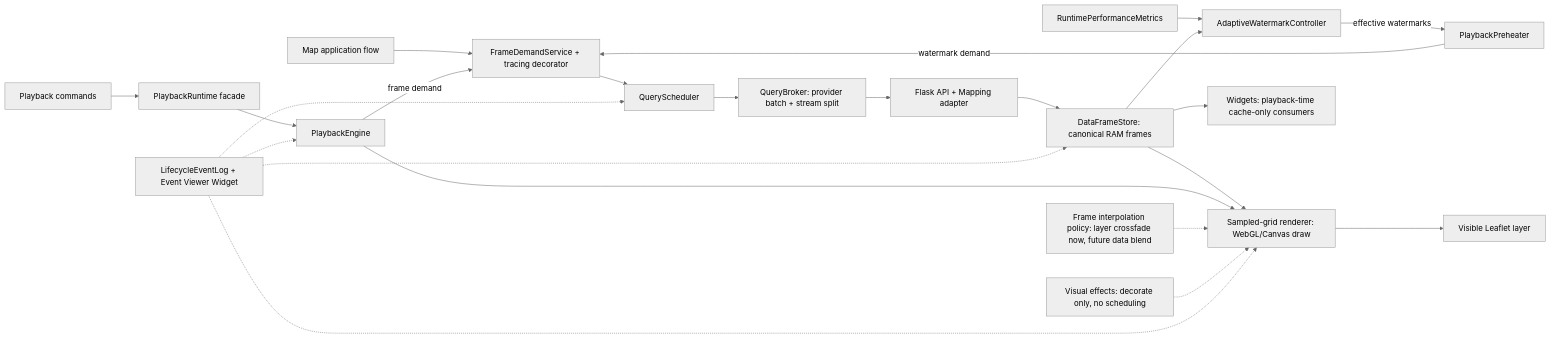
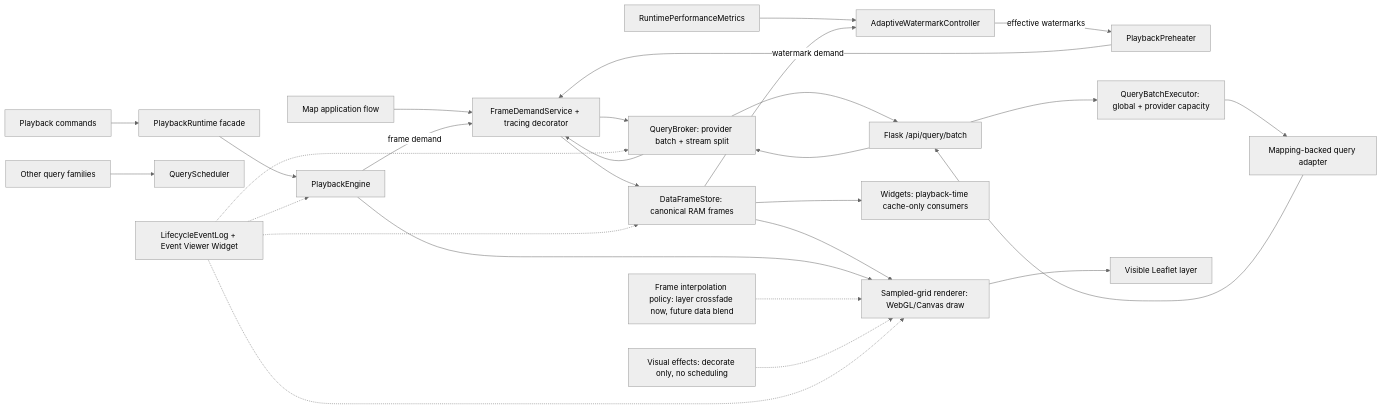
One commit to Kagamihara-Ruruka/gfw-flask-mysql-adapter changed the second of 5 diagrams in README.md. Above: the diagram before and after it, drawn with Mermaid (neutral theme). The commit also changed other lines of this file and 25 other files, not shown here.

````diff
--- a/README.md
+++ b/README.md
@@ -262,25 +263,30 @@
 ```mermaid
 flowchart LR
   UI["Playback commands"] --> Runtime["PlaybackRuntime facade"]
   Runtime --> Engine["PlaybackEngine"]
   MapApp["Map application flow"] --> Demand["FrameDemandService + tracing decorator"]
   Engine -->|"frame demand"| Demand
   Preheater["PlaybackPreheater"] -->|"watermark demand"| Demand
   Metrics["RuntimePerformanceMetrics"] --> Watermark["AdaptiveWatermarkController"]
   Store --> Watermark
   Watermark -->|"effective watermarks"| Preheater
-  Demand --> Scheduler["QueryScheduler"]
-  Scheduler --> Broker["QueryBroker: provider batch + stream split"]
-  Broker --> Adapter["Flask API + Mapping adapter"]
-  Adapter --> Store["DataFrameStore: canonical RAM frames"]
+  Demand --> Broker["QueryBroker: provider batch + stream split"]
+  Broker --> API["Flask /api/query/batch"]
+  API --> Batch["QueryBatchExecutor: global + provider capacity"]
+  Batch --> Adapter["Mapping-backed query adapter"]
+  Adapter --> API
+  API --> Broker
+  Broker --> Demand
+  Demand --> Store["DataFrameStore: canonical RAM frames"]
+  Other["Other query families"] --> Scheduler["QueryScheduler"]
   Store --> Renderer["Sampled-grid renderer: WebGL/Canvas draw"]
   Store --> Widgets["Widgets: playback-time cache-only consumers"]
   Engine --> Renderer
   Interp["Frame interpolation policy: layer crossfade now, future data blend"] -.-> Renderer
   Effects["Visual effects: decorate only, no scheduling"] -.-> Renderer
   Renderer --> Map["Visible Leaflet layer"]
   Events["LifecycleEventLog + Event Viewer Widget"] -.-> Engine
-  Events -.-> Scheduler
+  Events -.-> Broker
   Events -.-> Store
   Events -.-> Renderer
 ```
````
